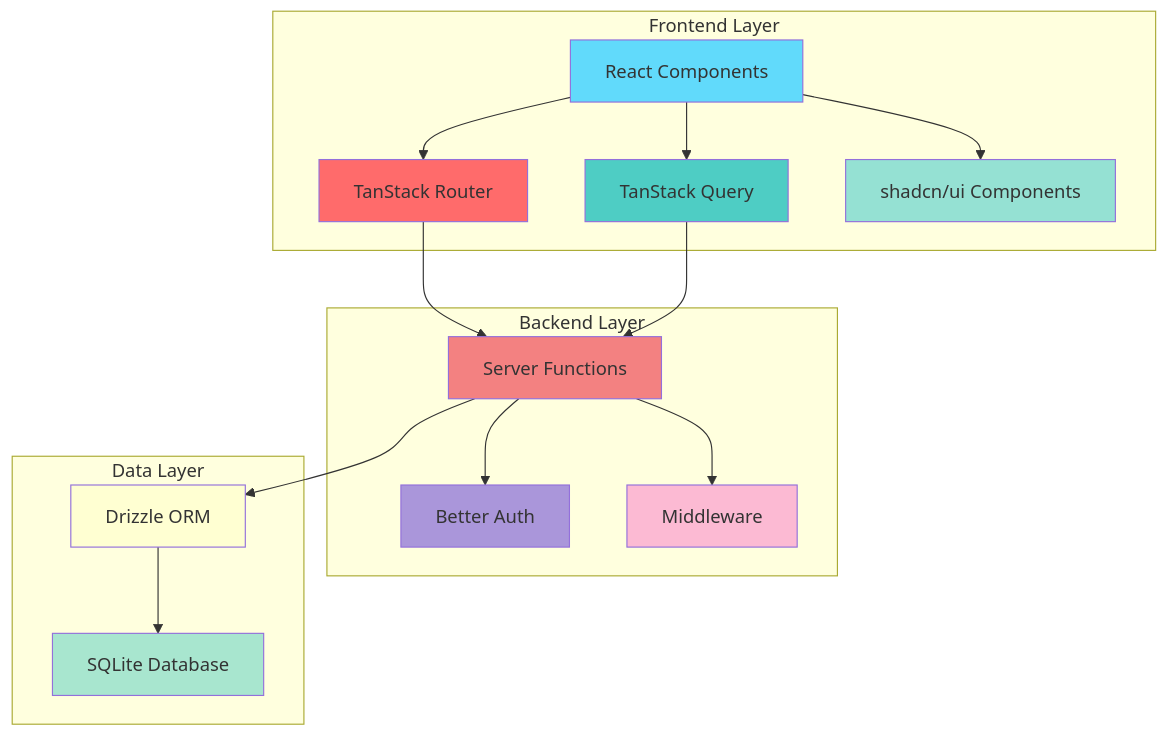
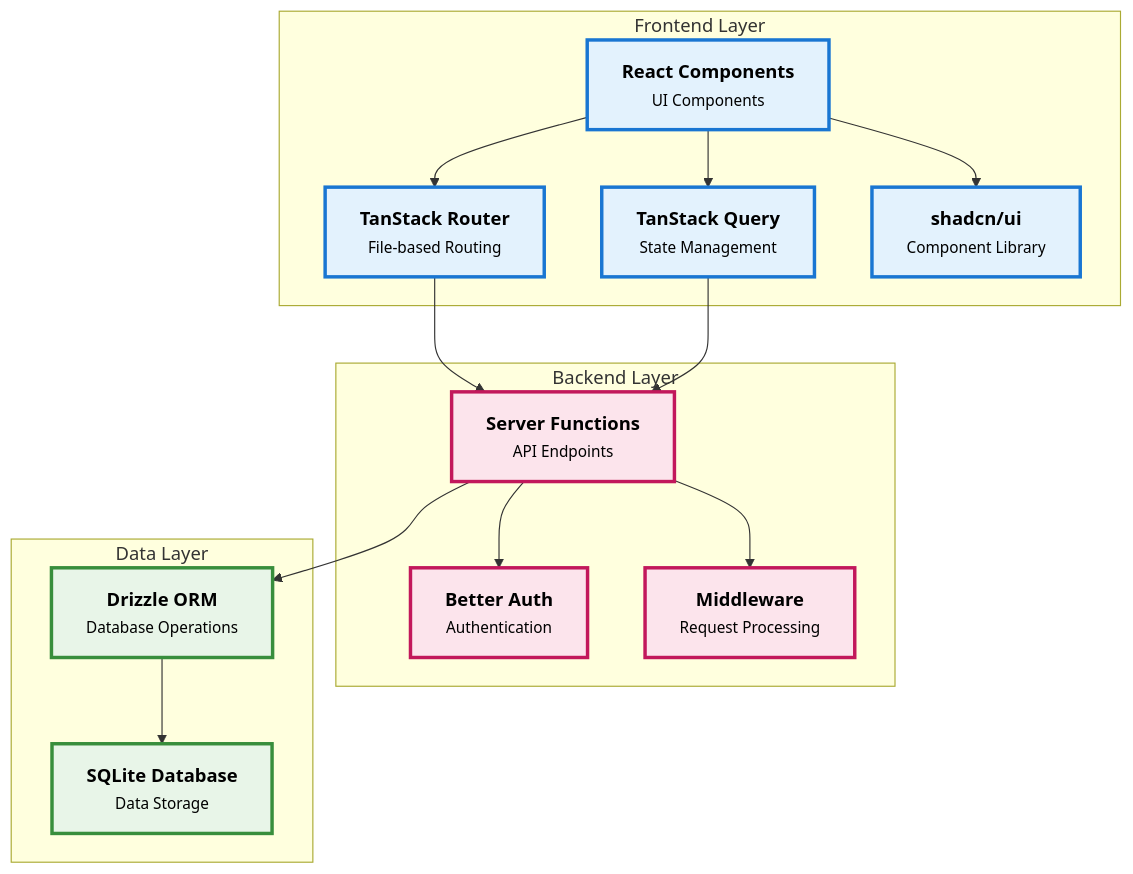
The first of 6 diagrams in docs/docs.md (Nnadivictory25/farm-assist), drawn with Mermaid before and after one commit. The commit also changed other lines of this file and 1 other file, not shown here.

````diff
--- a/docs/docs.md
+++ b/docs/docs.md
@@ -61,40 +61,38 @@
 ```mermaid
 graph TB
     subgraph "Frontend Layer"
-        A[React Components]
-        B[TanStack Router]
-        C[TanStack Query]
-        D[shadcn/ui Components]
+        A["<b>React Components</b><br/><small>UI Components</small>"]
+        B["<b>TanStack Router</b><br/><small>File-based Routing</small>"]
+        C["<b>TanStack Query</b><br/><small>State Management</small>"]
+        D["<b>shadcn/ui</b><br/><small>Component Library</small>"]
     end
 
     subgraph "Backend Layer"
-        E[Server Functions]
-        F[Better Auth]
-        G[Middleware]
+        E["<b>Server Functions</b><br/><small>API Endpoints</small>"]
+        F["<b>Better Auth</b><br/><small>Authentication</small>"]
+        G["<b>Middleware</b><br/><small>Request Processing</small>"]
     end
 
     subgraph "Data Layer"
-        H[Drizzle ORM]
-        I[SQLite Database]
+        H["<b>Drizzle ORM</b><br/><small>Database Operations</small>"]
+        I["<b>SQLite Database</b><br/><small>Data Storage</small>"]
     end
 
     A --> B
     A --> C
     A --> D
     B --> E
     C --> E
     E --> F
     E --> G
     E --> H
     H --> I
 
-    style A fill:#61dafb
-    style B fill:#ff6b6b
-    style C fill:#4ecdc4
-    style D fill:#95e1d3
-    style E fill:#f38181
-    style F fill:#aa96da
-    style G fill:#fcbad3
-    style H fill:#ffffd2
-    style I fill:#a8e6cf
+    classDef frontend fill:#e3f2fd,stroke:#1976d2,stroke-width:3px,color:#000000
+    classDef backend fill:#fce4ec,stroke:#c2185b,stroke-width:3px,color:#000000
+    classDef data fill:#e8f5e8,stroke:#388e3c,stroke-width:3px,color:#000000
+
+    class A,B,C,D frontend
+    class E,F,G backend
+    class H,I data
 ```
````
